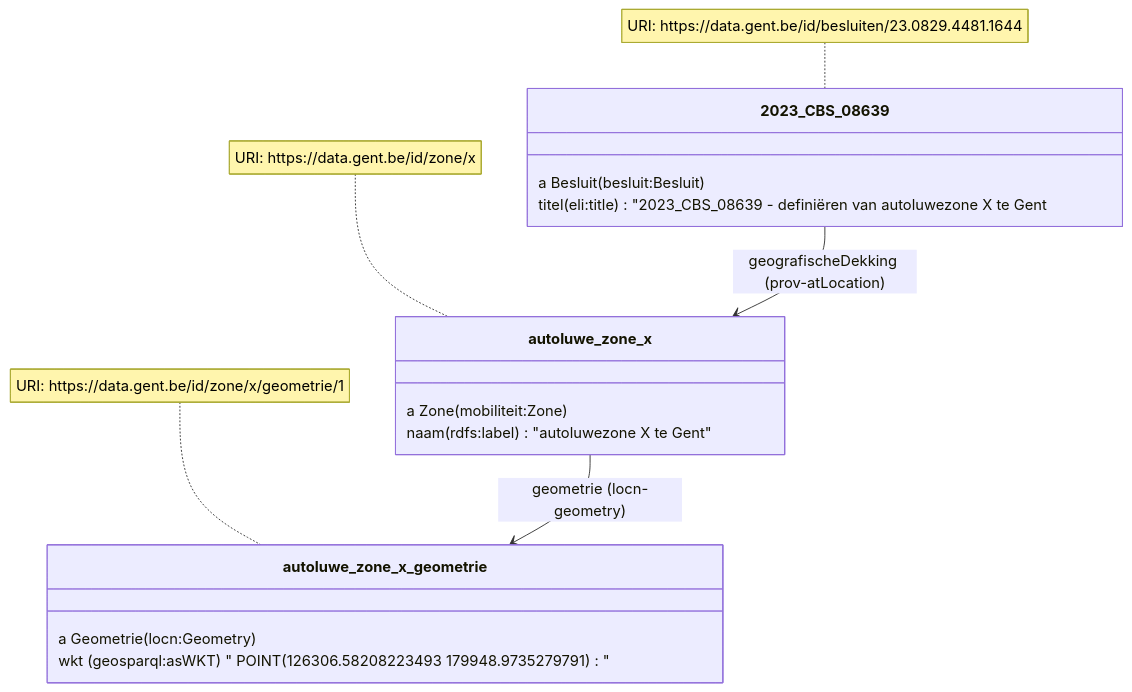
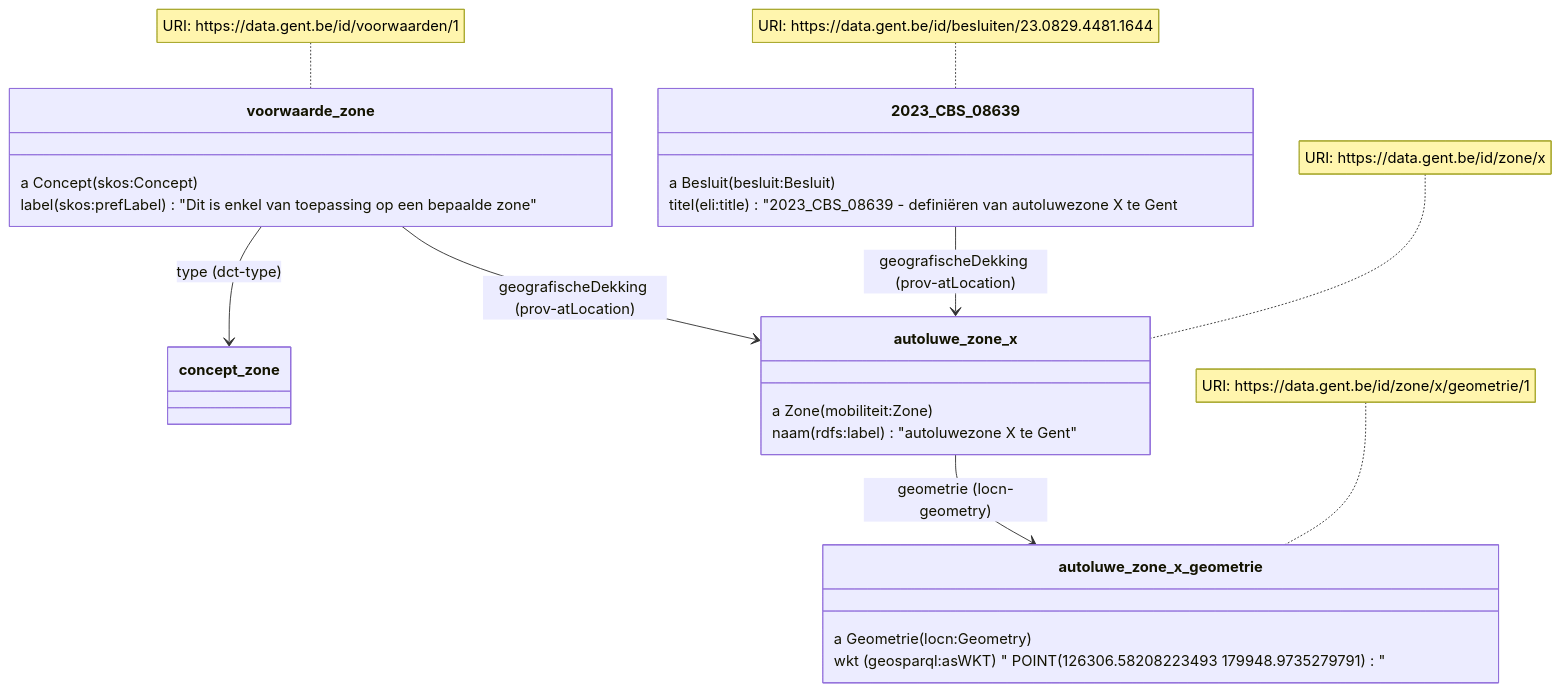
Before and after one commit to lblod/implementatiemodel-citerra: the diagram in README.md, drawn with Mermaid. The commit also changed other lines of this file, not shown here.

Commit message:
Add voorwaarde zone

````diff
--- a/README.md
+++ b/README.md
@@ -26,20 +31,27 @@
 ```mermaid
 classDiagram
     2023_CBS_08639 --> autoluwe_zone_x: geografischeDekking (prov-atLocation)
     autoluwe_zone_x --> autoluwe_zone_x_geometrie: geometrie (locn-geometry)
+    voorwaarde_zone --> concept_zone: type (dct-type)
+    voorwaarde_zone --> autoluwe_zone_x: geografischeDekking (prov-atLocation)
     note for 2023_CBS_08639 "URI: https://data.gent.be/id/besluiten/23.0829.4481.1644"
     note for autoluwe_zone_x "URI: https://data.gent.be/id/zone/x"
     note for autoluwe_zone_x_geometrie "URI: https://data.gent.be/id/zone/x/geometrie/1"
+    note for voorwaarde_zone "URI: https://data.gent.be/id/voorwaarden/1"
     class 2023_CBS_08639 {
       a Besluit (besluit:Besluit)
       titel (eli:title) "2023_CBS_08639 - definiëren van autoluwezone X te Gent
     }
     class autoluwe_zone_x {
       a Zone (mobiliteit:Zone)
       naam (rdfs:label) "autoluwezone X te Gent"
     }
     class autoluwe_zone_x_geometrie {
       a Geometrie (locn:Geometry)
       wkt (geosparql:asWKT) "<http://www.opengis.net/def/crs/EPSG/0/31370> POINT(126306.58208223493 179948.9735279791)"
     }
+    class voorwaarde_zone {
+      a Concept (skos:Concept)
+      label (skos:prefLabel) "Dit is enkel van toepassing op een bepaalde zone"
+    }
 ```
````
